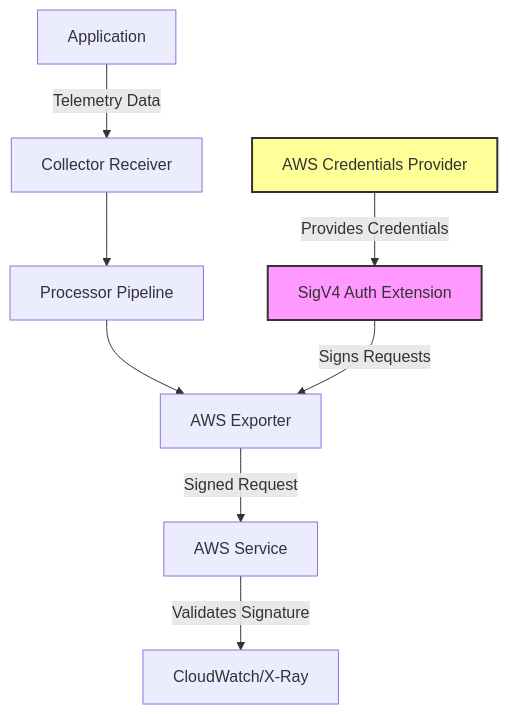
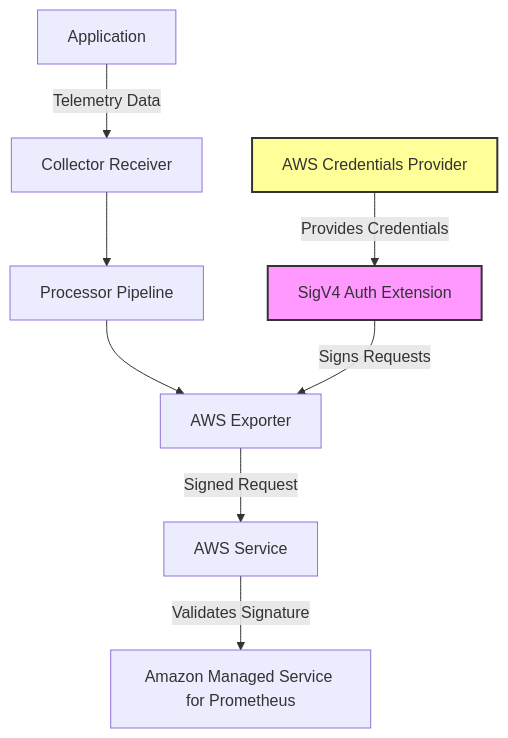
One commit to OneUptime/blog changed the diagram in posts/2026-02-06-sigv4-auth-extension-aws-opentelemetry-collector/README.md. Above: the diagram before and after it, drawn with Mermaid. The commit also changed other lines of this file and 2 other files, not shown here.

````diff
--- a/posts/2026-02-06-sigv4-auth-extension-aws-opentelemetry-collector/README.md
+++ b/posts/2026-02-06-sigv4-auth-extension-aws-opentelemetry-collector/README.md
@@ -42,12 +42,12 @@
 ```mermaid
 graph TD
     A[Application] -->|Telemetry Data| B[Collector Receiver]
     B --> C[Processor Pipeline]
     C --> D[AWS Exporter]
     E[SigV4 Auth Extension] -->|Signs Requests| D
     F[AWS Credentials Provider] -->|Provides Credentials| E
     D -->|Signed Request| G[AWS Service]
-    G -->|Validates Signature| H[CloudWatch/X-Ray]
+    G -->|Validates Signature| H[Amazon Managed Service for Prometheus]
     style E fill:#f9f,stroke:#333,stroke-width:2px
     style F fill:#ff9,stroke:#333,stroke-width:2px
 ```
````
